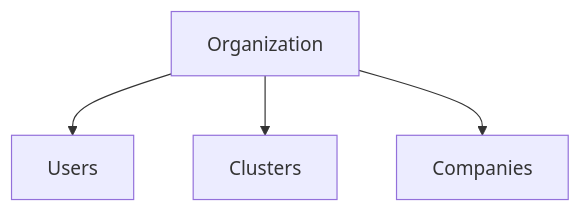
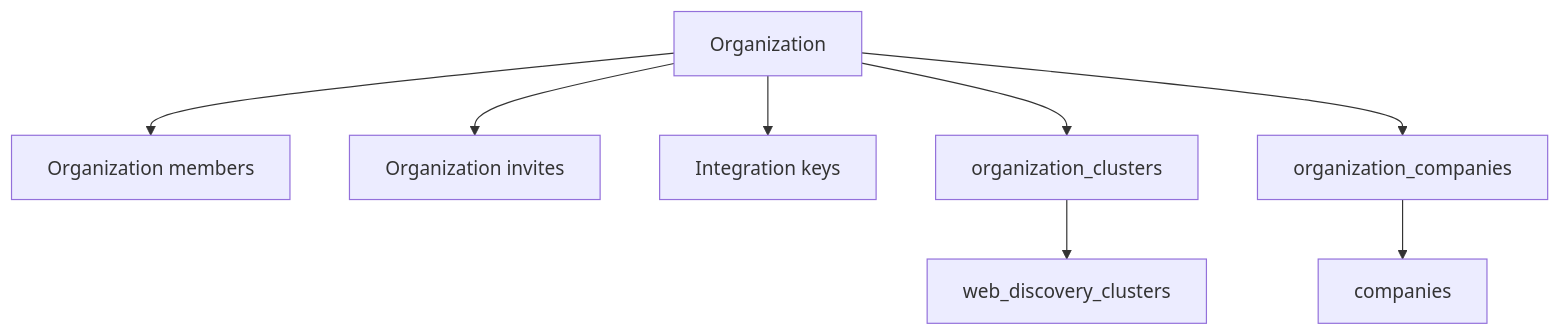
One commit to Growth-Maschine/NORAD-INTEL-ENGINE-V1 changed the second of 6 diagrams in docs/phase-1/P1-03.md. Above: the diagram before and after it, drawn with Mermaid. The commit also changed other lines of this file and 10 other files, not shown here.

````diff
--- a/docs/phase-1/P1-03.md
+++ b/docs/phase-1/P1-03.md
@@ -157,7 +171,11 @@
 ```mermaid
 flowchart TD
     ORG[Organization]
-    ORG --> U[Users]
-    ORG --> WDC[Clusters]
-    ORG --> CO[Companies]
+    ORG --> MEM[Organization members]
+    ORG --> INV[Organization invites]
+    ORG --> KEY[Integration keys]
+    ORG --> OC[organization_clusters]
+    ORG --> OCO[organization_companies]
+    OC --> CL[web_discovery_clusters]
+    OCO --> CO[companies]
 ```
````
